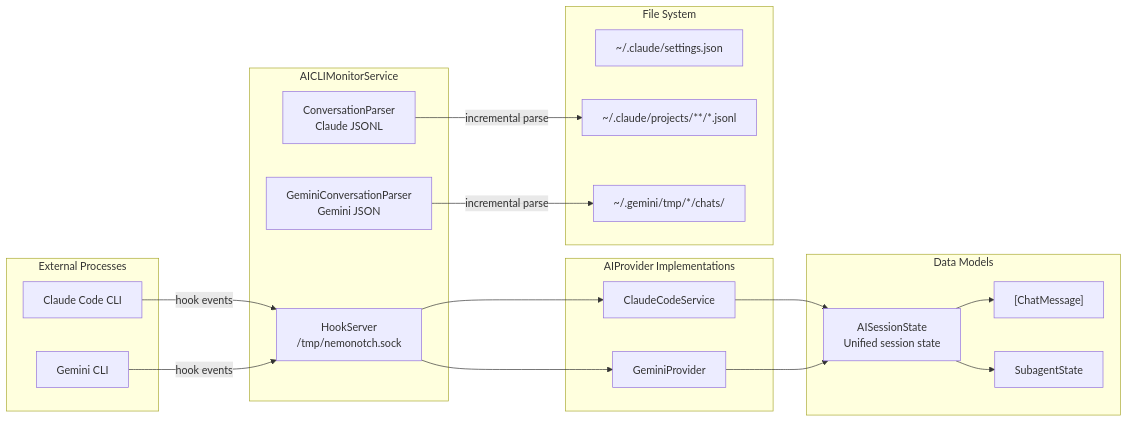
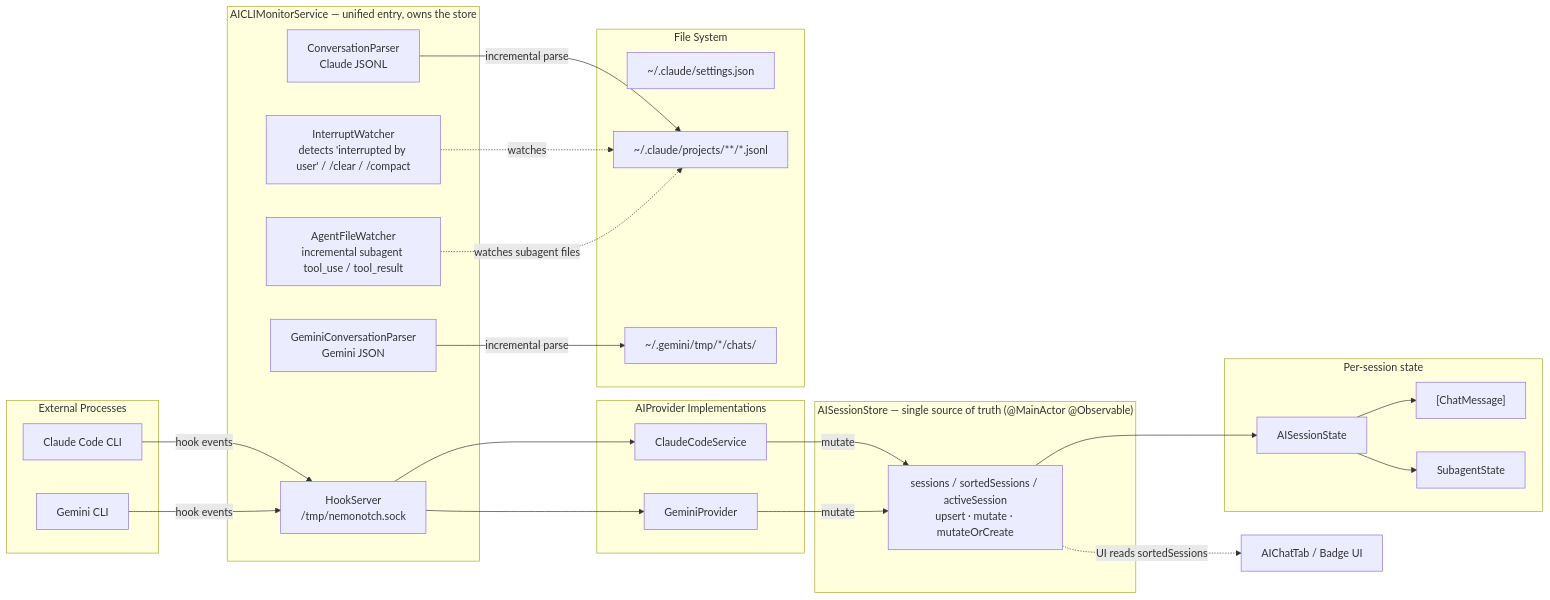
The second of 3 diagrams in CLAUDE.md (GaoZimeng0425/NemoNotch), drawn with Mermaid before and after one commit. The commit also changed other lines of this file, not shown here.

Commit message:
docs: refresh architecture diagrams for AISessionStore + agent registry
The overview and AI-service diagrams had drifted from the code. Add the
central AISessionStore layer (providers mutate, UI reads sortedSessions),
the AgentMonitorRegistry that unifies OpenClaw + Hermes, plus
SystemService, MediaAutomationPermissionMonitor, InterruptWatcher and
AgentFileWatcher. Document the store and registry patterns in prose.

````diff
--- a/CLAUDE.md
+++ b/CLAUDE.md
@@ -102,41 +112,53 @@
 ```mermaid
 graph LR
     subgraph External["External Processes"]
         CC["Claude Code CLI"]
         GC["Gemini CLI"]
     end
 
-    subgraph Monitor["AICLIMonitorService"]
+    subgraph Monitor["AICLIMonitorService — unified entry, owns the store"]
         HS["HookServer<br/>/tmp/nemonotch.sock"]
         CP["ConversationParser<br/>Claude JSONL"]
         GCP["GeminiConversationParser<br/>Gemini JSON"]
+        IW["InterruptWatcher<br/>detects 'interrupted by user' / /clear / /compact"]
+        AFW["AgentFileWatcher<br/>incremental subagent tool_use / tool_result"]
     end
 
     subgraph Providers["AIProvider Implementations"]
         CLS["ClaudeCodeService"]
         GPR["GeminiProvider"]
     end
 
-    subgraph Data["Data Models"]
-        AIS["AISessionState<br/>Unified session state"]
+    subgraph Store["AISessionStore — single source of truth (@MainActor @Observable)"]
+        ST["sessions / sortedSessions / activeSession<br/>upsert · mutate · mutateOrCreate"]
+    end
+
+    subgraph Data["Per-session state"]
+        AIS["AISessionState"]
         MSG["[ChatMessage]"]
         SA["SubagentState"]
     end
 
     subgraph Files["File System"]
         S["~/.claude/settings.json"]
         CJ["~/.claude/projects/**/*.jsonl"]
         GJ["~/.gemini/tmp/*/chats/"]
     end
 
+    UI["AIChatTab / Badge UI"]
+
     CC -->|"hook events"| HS
     GC -->|"hook events"| HS
     HS --> CLS
     HS --> GPR
     CP -->|"incremental parse"| CJ
     GCP -->|"incremental parse"| GJ
-    CLS --> AIS
-    GPR --> AIS
+    IW -.->|"watches"| CJ
+    AFW -.->|"watches subagent files"| CJ
+    CLS -->|"mutate"| ST
+    GPR -->|"mutate"| ST
+    ST --> AIS
     AIS --> MSG
     AIS --> SA
+    ST -.->|"UI reads sortedSessions"| UI
 ```
````
